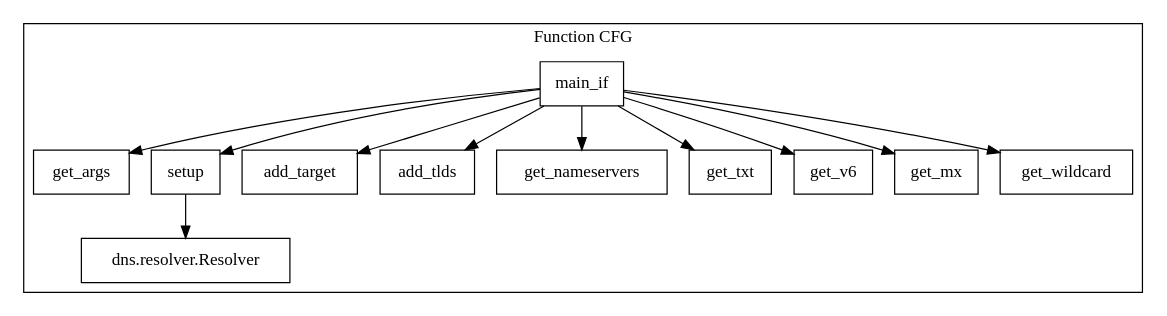
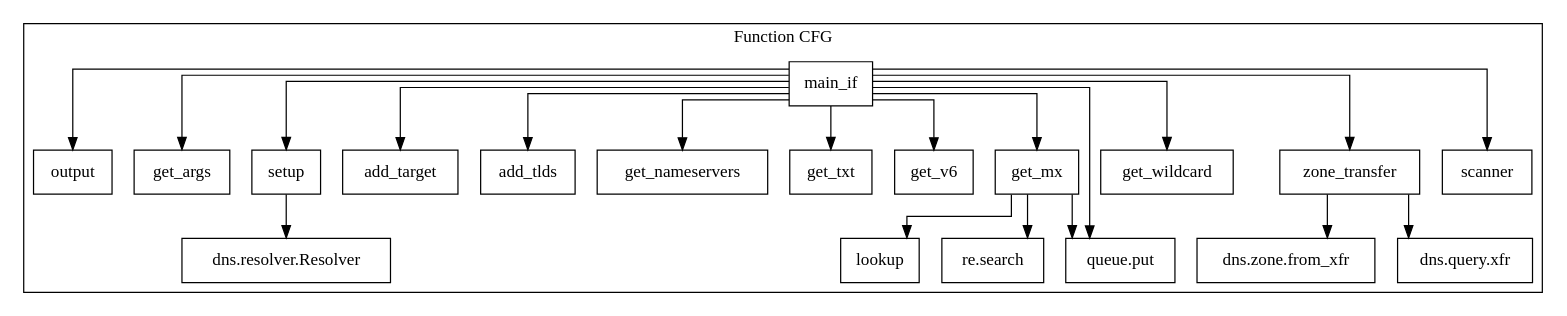
Before and after one commit to mr6r4y/notes: the diagram in charters/cr-dnscan.dot, drawn with Graphviz. The commit also changed 1 other file, not shown here.

Commit message:
Add graphs

```diff
--- a/charters/cr-dnscan.dot
+++ b/charters/cr-dnscan.dot
@@ -1,11 +1,13 @@
 digraph {
     node [shape=box]
+    graph [splines=ortho]
 
     subgraph cluster_funcs {
         label="Function CFG"
 
-        main_if -> {get_args setup add_target add_tlds get_nameservers get_txt get_v6 get_mx get_wildcard}
+        main_if -> {output get_args setup add_target add_tlds get_nameservers get_txt get_v6 get_mx get_wildcard zone_transfer "queue.put" scanner}
         setup -> "dns.resolver.Resolver"
+        zone_transfer -> {"dns.zone.from_xfr" "dns.query.xfr" }
+        get_mx -> {"re.search" "queue.put" lookup}
     }
-    
 }
```
